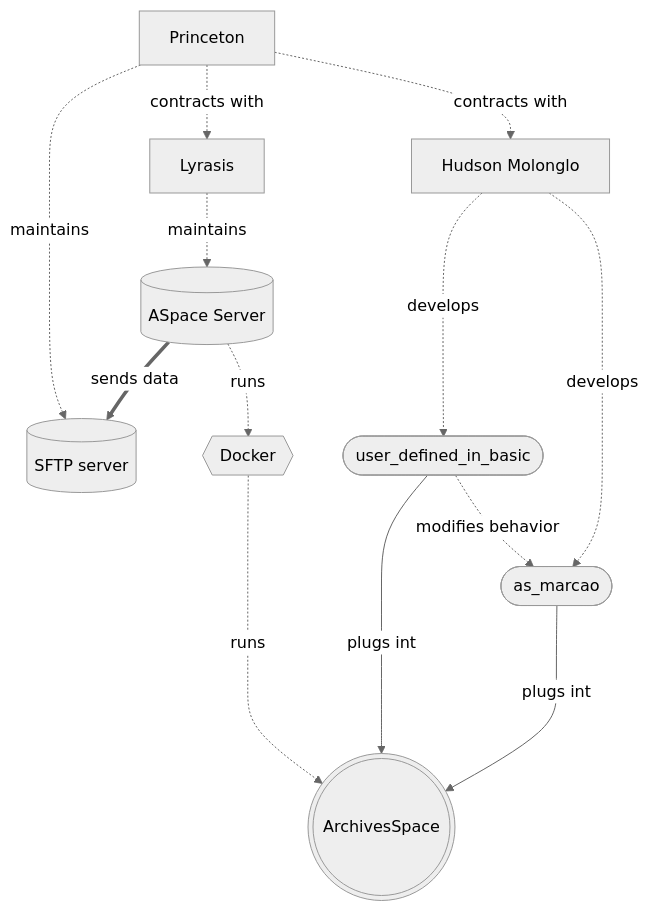
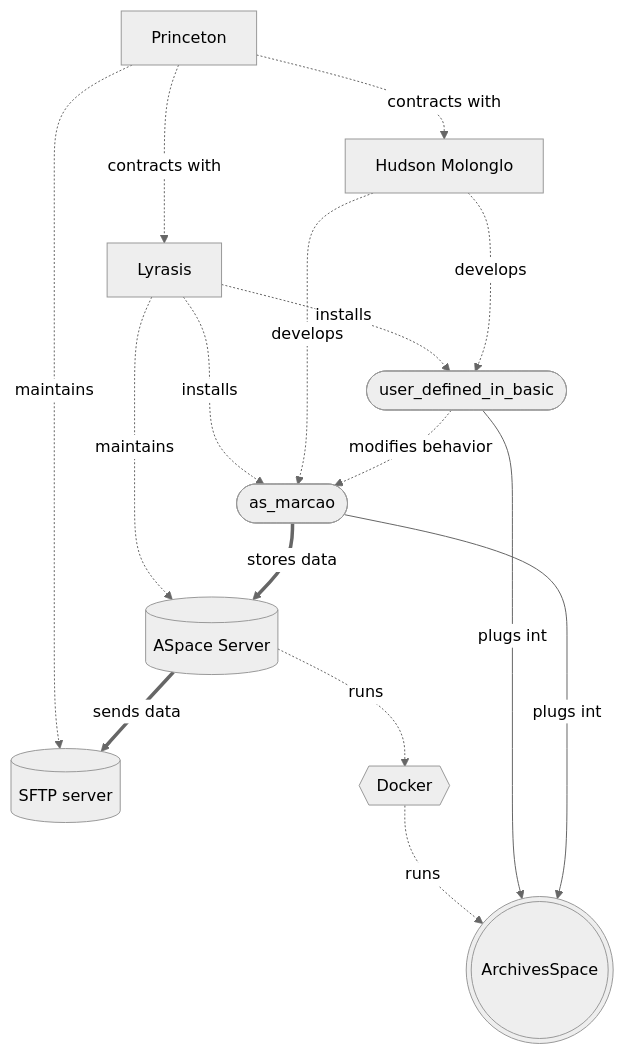
Before and after one commit to pulibrary/aspace-config: the diagram in as_marcao/as_marcao.mmd, drawn with Mermaid (neutral theme).

Commit message:
Update as_marcao.mmd
Add a few more relationships

```diff
--- a/as_marcao/as_marcao.mmd
+++ b/as_marcao/as_marcao.mmd
@@ -1,21 +1,22 @@
 flowchart TD;
 
 Princeton-.maintains..->sftp[(SFTP server)]
-Lyrasis-.maintains.->ASserver[(ASpace Server)]
-
 Princeton-.contracts with.->Lyrasis
 Princeton-.contracts with.->HM
 
+Lyrasis-.maintains.->ASserver[(ASpace Server)]
+Lyrasis-.installs.->plugin1
+Lyrasis-.installs.->plugin2
+
 HM[Hudson Molonglo]-.develops..->plugin1([user_defined_in_basic])
-plugin1-.modifies behavior.->plugin2
 HM[Hudson Molonglo]-.develops.->plugin2([as_marcao])
 
 ASserver-.runs.->D{{Docker}}
+ASserver==sends data==>sftp
+
 D-.runs.->AS(((ArchivesSpace)))
+plugin1-.modifies behavior.->plugin2
 plugin1--plugs into-->AS
+
 plugin2--plugs into-->AS
-%%Lyrasis-.installs.->plugin1
-%%Lyrasis-.installs.->plugin2
-
-%%plugin2==stores data==>ASserver
-ASserver==sends data==>sftp
+plugin2==stores data==>ASserver
```
